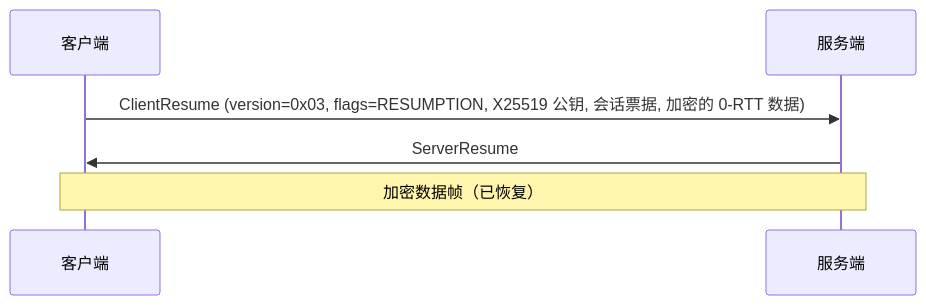
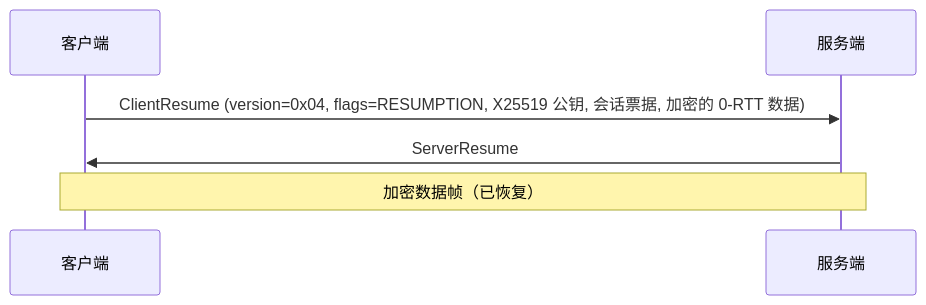
Before and after one commit to prisma-proxy/prisma: the second of 2 diagrams in prisma-docs/i18n/zh-Hans/docusaurus-plugin-content-docs/current/security/prismaveil-protocol.md, drawn with Mermaid. The commit also changed other lines of this file and 99 other files, not shown here.

````diff
--- a/prisma-docs/i18n/zh-Hans/docusaurus-plugin-content-docs/current/security/prismaveil-protocol.md
+++ b/prisma-docs/i18n/zh-Hans/docusaurus-plugin-content-docs/current/security/prismaveil-protocol.md
@@ -71,9 +71,9 @@
 ```mermaid
 sequenceDiagram
     participant C as 客户端
     participant S as 服务端
 
-    C->>S: ClientResume (version=0x03, flags=RESUMPTION, X25519 公钥, 会话票据, 加密的 0-RTT 数据)
+    C->>S: ClientResume (version=0x04, flags=RESUMPTION, X25519 公钥, 会话票据, 加密的 0-RTT 数据)
     S->>C: ServerResume
     Note over C,S: 加密数据帧（已恢复）
 ```
````
